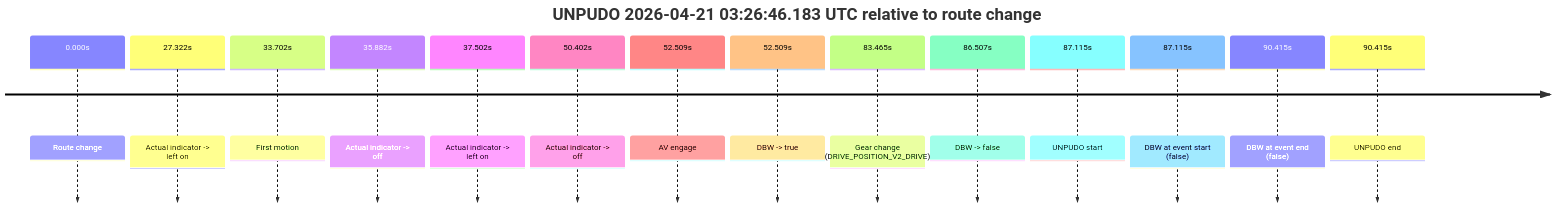
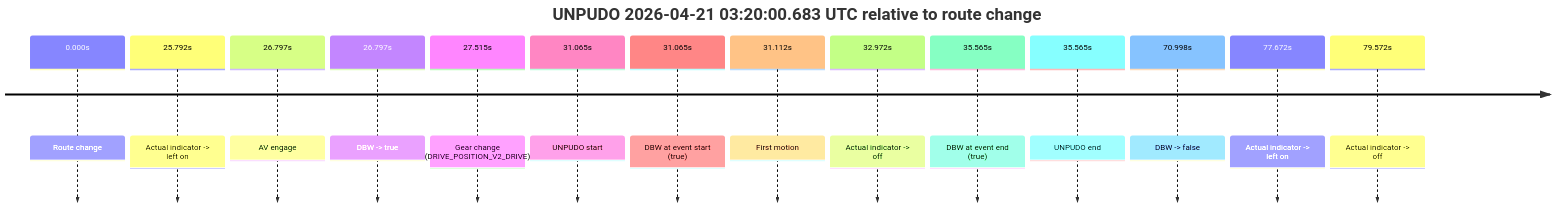
Before and after one commit to yoelshapiro/vault: the seventh of 8 diagrams in model_analysis/report_cards/2026/04/Week-4/fme10005--2026-04-21--02-34-08--gen2-av-88814959-a959-438b-a1f8-52e6417ba36a.md, drawn with Mermaid. The commit also changed other lines of this file and 1 other file, not shown here.

````diff
--- a/model_analysis/report_cards/2026/04/Week-4/fme10005--2026-04-21--02-34-08--gen2-av-88814959-a959-438b-a1f8-52e6417ba36a.md
+++ b/model_analysis/report_cards/2026/04/Week-4/fme10005--2026-04-21--02-34-08--gen2-av-88814959-a959-438b-a1f8-52e6417ba36a.md
@@ -623,18 +609,18 @@
 ```mermaid
 timeline
-    title UNPUDO 2026-04-21 03:26:46.183 UTC relative to route change
+    title UNPUDO 2026-04-21 03:20:00.683 UTC relative to route change
     0.000s : Route change
-    27.322s : Actual indicator -> left on
-    33.702s : First motion
-    35.882s : Actual indicator -> off
-    37.502s : Actual indicator -> left on
-    50.402s : Actual indicator -> off
-    52.509s : AV engage
-    52.509s : DBW -> true
-    83.465s : Gear change (DRIVE_POSITION_V2_DRIVE)
-    86.507s : DBW -> false
-    87.115s : UNPUDO start
-    87.115s : DBW at event start (false)
-    90.415s : DBW at event end (false)
-    90.415s : UNPUDO end
+    25.792s : Actual indicator -> left on
+    26.797s : AV engage
+    26.797s : DBW -> true
+    27.515s : Gear change (DRIVE_POSITION_V2_DRIVE)
+    31.065s : UNPUDO start
+    31.065s : DBW at event start (true)
+    31.112s : First motion
+    32.972s : Actual indicator -> off
+    35.565s : DBW at event end (true)
+    35.565s : UNPUDO end
+    70.998s : DBW -> false
+    77.672s : Actual indicator -> left on
+    79.572s : Actual indicator -> off
 ```
````
